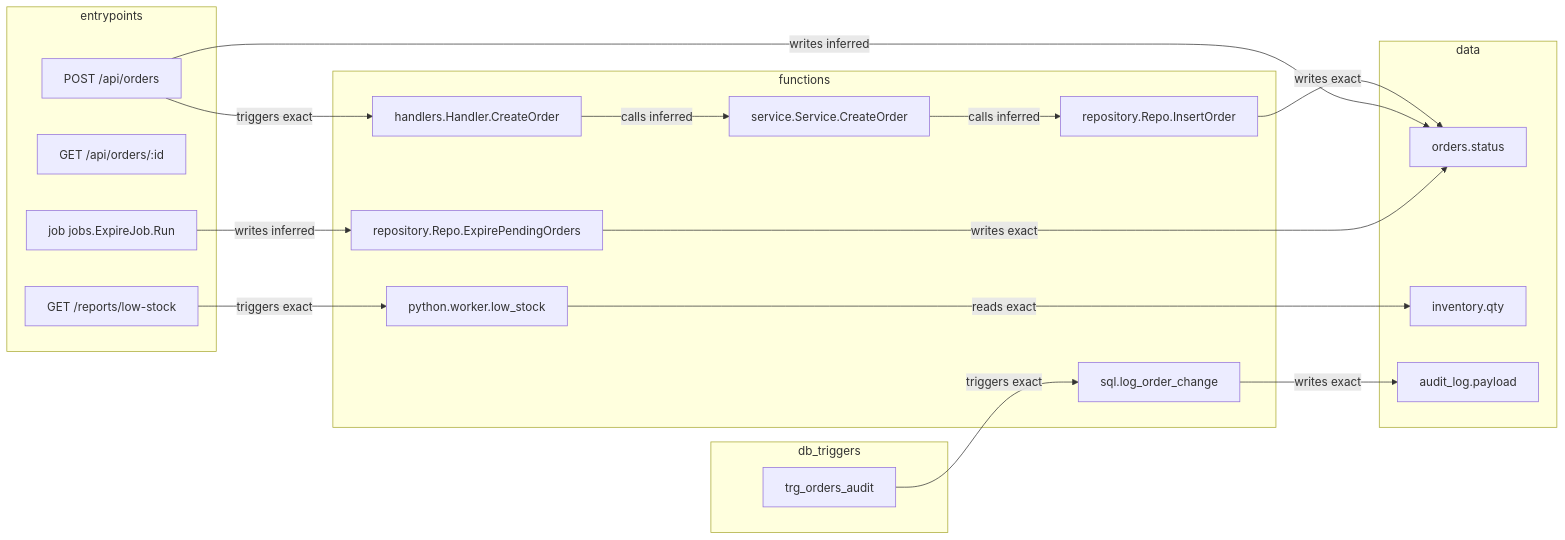
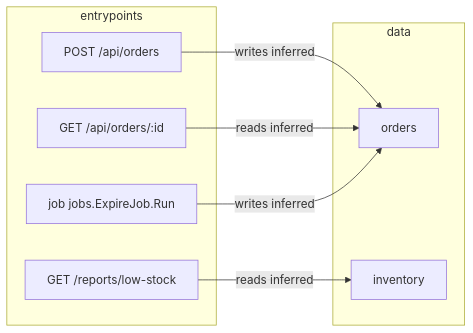
Before and after one commit to lucas-simao/bizmap: the diagram in README.md, drawn with Mermaid. The commit also changed other lines of this file and 41 other files, not shown here.

First line of the commit message:
Fix Go resolution accuracy for handlers, packages, SQL, and jobs

````diff
--- a/README.md
+++ b/README.md
@@ -68,36 +73,17 @@
 ```mermaid
 flowchart LR
   subgraph entrypoints
     POST_orders["POST /api/orders"]
     GET_order["GET /api/orders/:id"]
     job_expire["job jobs.ExpireJob.Run"]
     GET_stock["GET /reports/low-stock"]
   end
-  subgraph functions
-    CreateOrder["handlers.Handler.CreateOrder"]
-    SvcCreate["service.Service.CreateOrder"]
-    InsertOrder["repository.Repo.InsertOrder"]
-    Expire["repository.Repo.ExpirePendingOrders"]
-    low_stock["python.worker.low_stock"]
-    log_fn["sql.log_order_change"]
+  subgraph data
+    orders["orders"]
+    inventory["inventory"]
   end
-  subgraph db_triggers
-    trg_audit["trg_orders_audit"]
-  end
-  subgraph data
-    orders_status["orders.status"]
-    inv_qty["inventory.qty"]
-    audit_payload["audit_log.payload"]
-  end
-  POST_orders -->|triggers exact| CreateOrder
-  CreateOrder -->|calls inferred| SvcCreate
-  SvcCreate -->|calls inferred| InsertOrder
-  InsertOrder -->|writes exact| orders_status
-  POST_orders -->|writes inferred| orders_status
-  job_expire -->|writes inferred| Expire
-  Expire -->|writes exact| orders_status
-  trg_audit -->|triggers exact| log_fn
-  log_fn -->|writes exact| audit_payload
-  GET_stock -->|triggers exact| low_stock
-  low_stock -->|reads exact| inv_qty
+  POST_orders -->|writes inferred| orders
+  GET_order -->|reads inferred| orders
+  job_expire -->|writes inferred| orders
+  GET_stock -->|reads inferred| inventory
 ```
````
